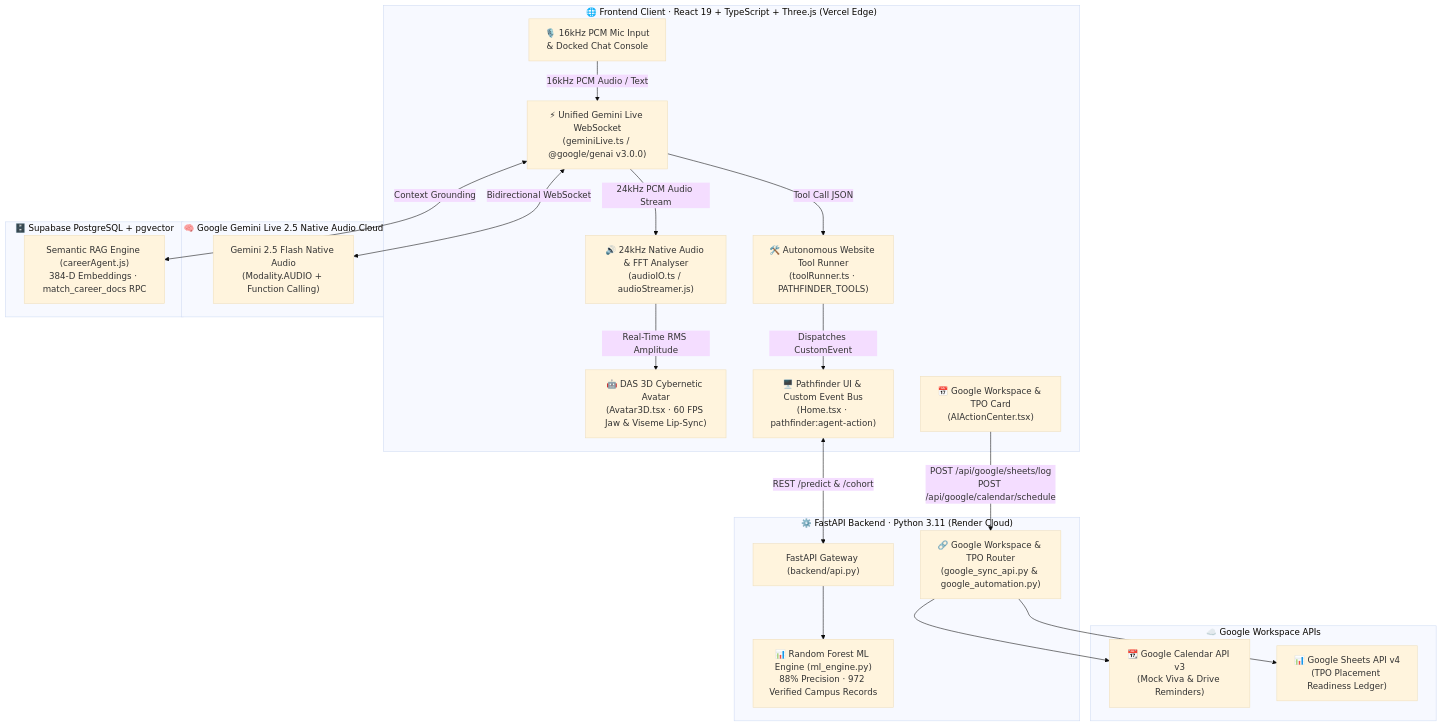
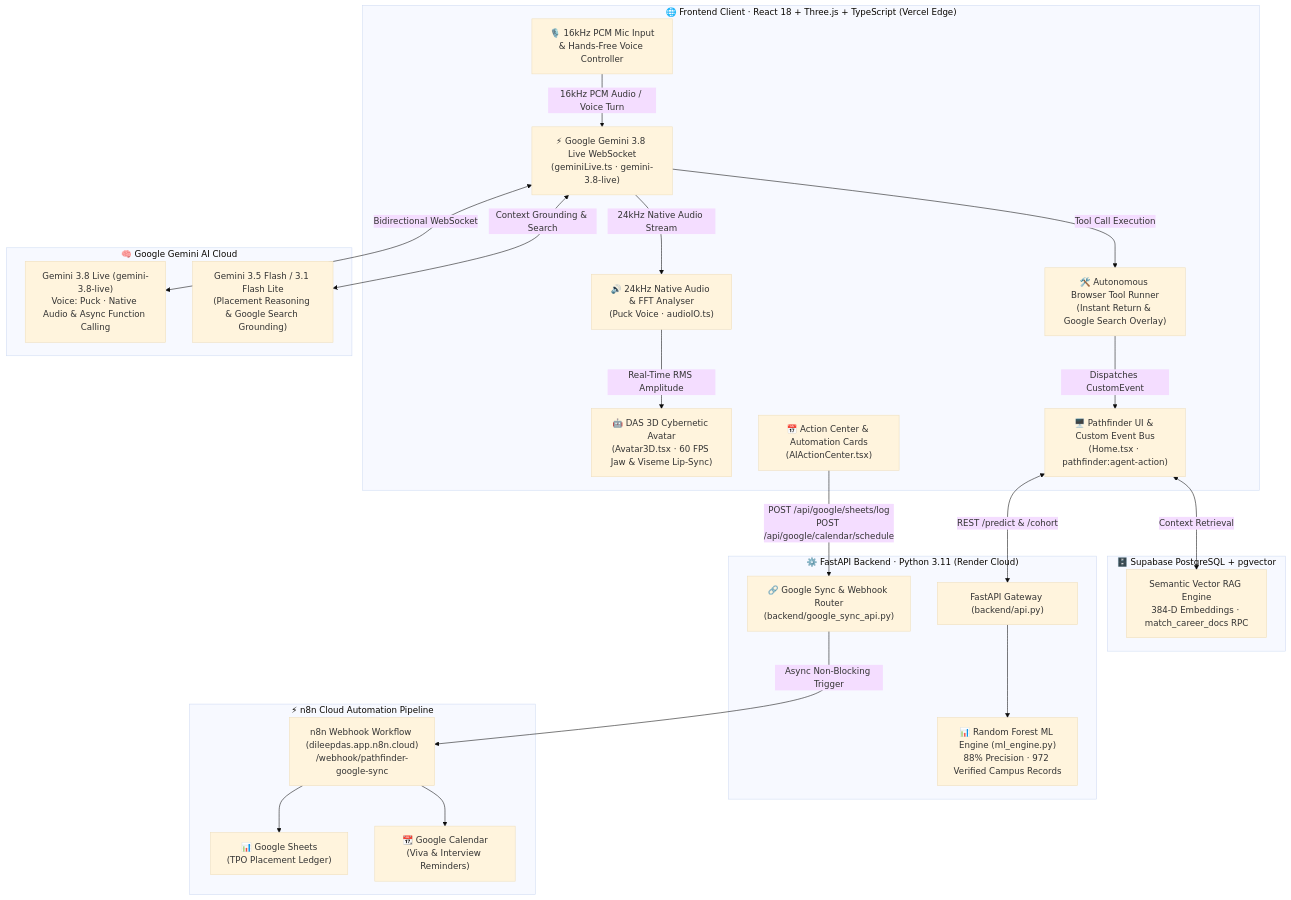
Before and after one commit to dileepbommali16-ops/pathfinder: the second of 2 diagrams in README.md, drawn with Mermaid (base theme). The commit also changed other lines of this file and 3 other files, not shown here.

Commit message:
feat(gemini-live): integrate Gemini 3.8 Live with Puck voice and update fullstack architecture

````diff
--- a/README.md
+++ b/README.md
@@ -168,44 +173,48 @@
 ```mermaid
 flowchart TB
-    subgraph Client["🌐 Frontend Client · React 19 + TypeScript + Three.js (Vercel Edge)"]
-        Mic["🎙️ 16kHz PCM Mic Input<br/>& Docked Chat Console"]
-        GeminiLive["⚡ Unified Gemini Live WebSocket<br/>(geminiLive.ts / @google/genai v3.0.0)"]
-        AudioEngine["🔊 24kHz Native Audio & FFT Analyser<br/>(audioIO.ts / audioStreamer.js)"]
+    subgraph Client["🌐 Frontend Client · React 18 + Three.js + TypeScript (Vercel Edge)"]
+        Mic["🎙️ 16kHz PCM Mic Input<br/>& Hands-Free Voice Controller"]
+        GeminiLive["⚡ Google Gemini 3.8 Live WebSocket<br/>(geminiLive.ts · gemini-3.8-live)"]
+        AudioEngine["🔊 24kHz Native Audio & FFT Analyser<br/>(Puck Voice · audioIO.ts)"]
         Avatar3D["🤖 DAS 3D Cybernetic Avatar<br/>(Avatar3D.tsx · 60 FPS Jaw & Viseme Lip-Sync)"]
-        ToolRunner["🛠️ Autonomous Website Tool Runner<br/>(toolRunner.ts · PATHFINDER_TOOLS)"]
+        ToolRunner["🛠️ Autonomous Browser Tool Runner<br/>(Instant Return & Google Search Overlay)"]
         DOM["🖥️ Pathfinder UI & Custom Event Bus<br/>(Home.tsx · pathfinder:agent-action)"]
-        ActionCenter["📅 Google Workspace & TPO Card<br/>(AIActionCenter.tsx)"]
+        ActionCenter["📅 Action Center & Automation Cards<br/>(AIActionCenter.tsx)"]
     end
 
-    subgraph CloudAI["🧠 Google Gemini Live 2.5 Native Audio Cloud"]
-        GeminiModel["Gemini 2.5 Flash Native Audio<br/>(Modality.AUDIO + Function Calling)"]
+    subgraph CloudAI["🧠 Google Gemini AI Cloud"]
+        GeminiLiveModel["Gemini 3.8 Live (gemini-3.8-live)<br/>Voice: Puck · Native Audio & Async Function Calling"]
+        GeminiReasoning["Gemini 3.5 Flash / 3.1 Flash Lite<br/>(Placement Reasoning & Google Search Grounding)"]
     end
 
     subgraph VectorDB["🗄️ Supabase PostgreSQL + pgvector"]
-        RAG["Semantic RAG Engine (careerAgent.js)<br/>384-D Embeddings · match_career_docs RPC"]
+        RAG["Semantic Vector RAG Engine<br/>384-D Embeddings · match_career_docs RPC"]
     end
 
     subgraph Backend["⚙️ FastAPI Backend · Python 3.11 (Render Cloud)"]
         FastAPI["FastAPI Gateway (backend/api.py)"]
         MLEngine["📊 Random Forest ML Engine (ml_engine.py)<br/>88% Precision · 972 Verified Campus Records"]
-        GoogleSync["🔗 Google Workspace & TPO Router<br/>(google_sync_api.py & google_automation.py)"]
+        GoogleSync["🔗 Google Sync & Webhook Router<br/>(backend/google_sync_api.py)"]
     end
 
-    subgraph GoogleCloud["☁️ Google Workspace APIs"]
-        GCal["📆 Google Calendar API v3<br/>(Mock Viva & Drive Reminders)"]
-        GSheets["📊 Google Sheets API v4<br/>(TPO Placement Readiness Ledger)"]
+    subgraph Automation["⚡ n8n Cloud Automation Pipeline"]
+        N8N["n8n Webhook Workflow (dileepdas.app.n8n.cloud)<br/>/webhook/pathfinder-google-sync"]
+        GSheets["📊 Google Sheets<br/>(TPO Placement Ledger)"]
+        GCal["📆 Google Calendar<br/>(Viva & Interview Reminders)"]
     end
 
-    Mic -->|16kHz PCM Audio / Text| GeminiLive
-    GeminiLive <-->|Bidirectional WebSocket| GeminiModel
-    GeminiLive -->|24kHz PCM Audio Stream| AudioEngine
+    Mic -->|16kHz PCM Audio / Voice Turn| GeminiLive
+    GeminiLive <-->|Bidirectional WebSocket| GeminiLiveModel
+    GeminiLive -->|24kHz Native Audio Stream| AudioEngine
     AudioEngine -->|Real-Time RMS Amplitude| Avatar3D
-    GeminiLive -->|Tool Call JSON| ToolRunner
+    GeminiLive -->|Tool Call Execution| ToolRunner
     ToolRunner -->|Dispatches CustomEvent| DOM
-    GeminiLive <-->|Context Grounding| RAG
+    GeminiLive <-->|Context Grounding & Search| GeminiReasoning
     DOM <-->|REST /predict & /cohort| FastAPI
     FastAPI --> MLEngine
+    DOM <-->|Context Retrieval| RAG
     ActionCenter -->|POST /api/google/sheets/log<br/>POST /api/google/calendar/schedule| GoogleSync
-    GoogleSync --> GCal
-    GoogleSync --> GSheets
+    GoogleSync -->|Async Non-Blocking Trigger| N8N
+    N8N --> GSheets
+    N8N --> GCal
 ```
````
